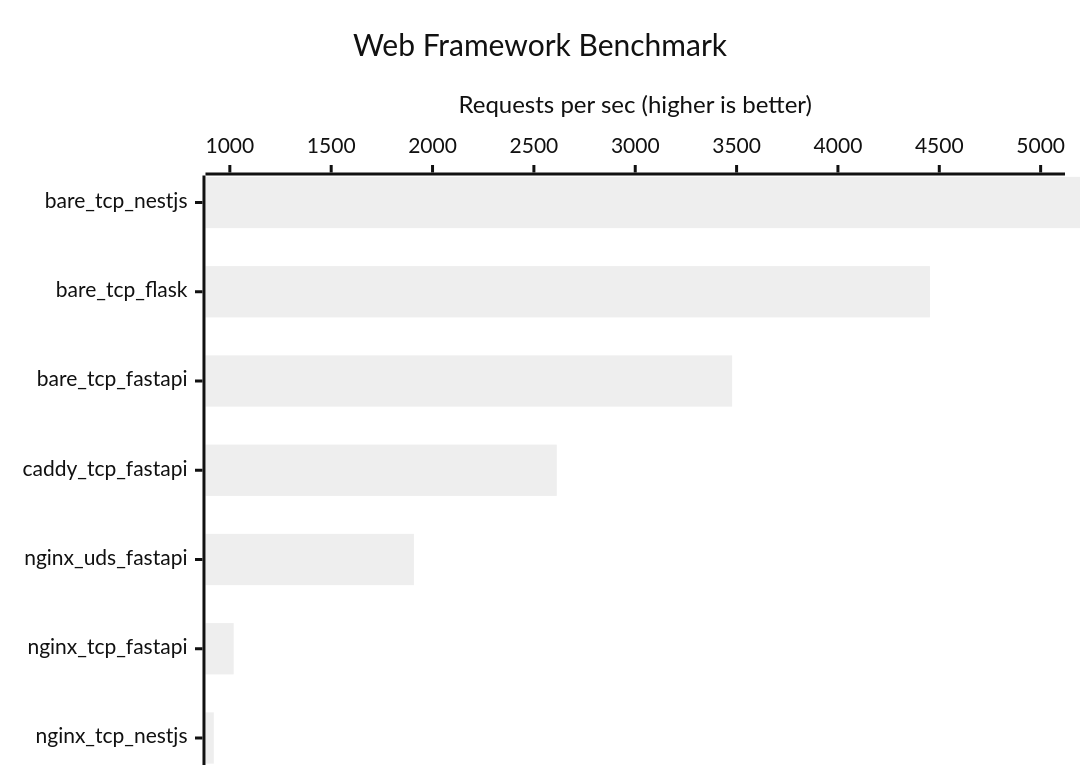
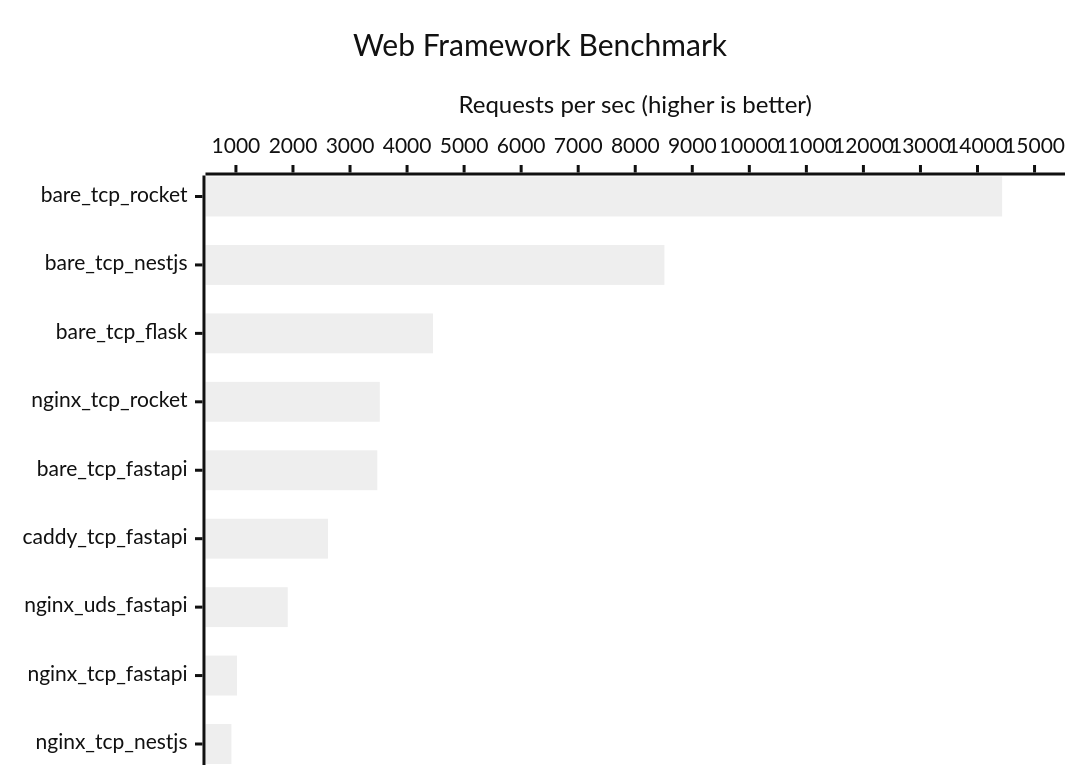
Before and after one commit to gsy0911/zenn-web-framework-comparison: the diagram in README.md, drawn with Mermaid (neutral theme). The commit also changed other lines of this file and 2 other files, not shown here.

````diff
--- a/README.md
+++ b/README.md
@@ -7,7 +7,7 @@
 ```mermaid
 xychart-beta horizontal
     title "Web Framework Benchmark"
-    x-axis [bare_tcp_nestjs, bare_tcp_flask, bare_tcp_fastapi, caddy_tcp_fastapi, nginx_uds_fastapi, nginx_tcp_fastapi, nginx_tcp_nestjs]
-    y-axis "Requests per sec (higher is better)" 1000 --> 5000
-    bar [8511, 4454, 3478, 2613, 1908, 1019, 921]
+    x-axis [bare_tcp_rocket, bare_tcp_nestjs, bare_tcp_flask, nginx_tcp_rocket, bare_tcp_fastapi, caddy_tcp_fastapi, nginx_uds_fastapi, nginx_tcp_fastapi, nginx_tcp_nestjs]
+    y-axis "Requests per sec (higher is better)" 1000 --> 15000
+    bar [14432, 8511, 4454, 3522, 3478, 2613, 1908, 1019, 921]
 ```
````
